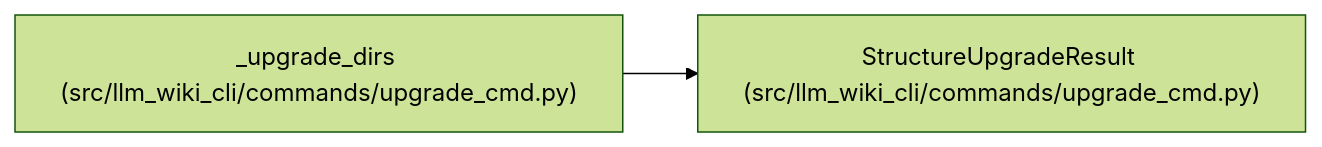
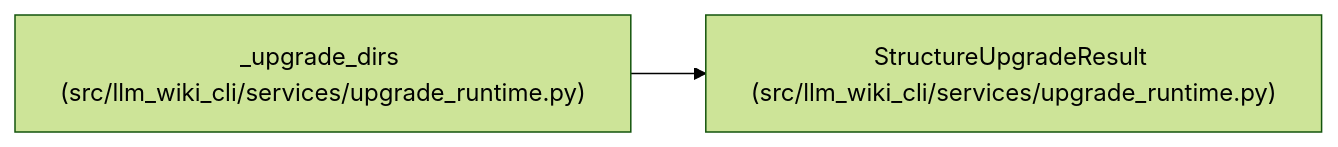
The diagram in docs/llm_wiki/entities/StructureUpgradeResult.md (Denissvgn/python-wiki-llm), drawn with Mermaid (forest theme) before and after one commit. The commit also changed other lines of this file and 1555 other files, not shown here.

````diff
--- a/docs/llm_wiki/entities/StructureUpgradeResult.md
+++ b/docs/llm_wiki/entities/StructureUpgradeResult.md
@@ -31,8 +31,8 @@
 ```mermaid
 flowchart LR
-    n0["StructureUpgradeResult (src/llm_wiki_cli/commands/upgrade_cmd.py)"]
-    n1["_upgrade_dirs (src/llm_wiki_cli/commands/upgrade_cmd.py)"]
+    n0["StructureUpgradeResult (src/llm_wiki_cli/services/upgrade_runtime.py)"]
+    n1["_upgrade_dirs (src/llm_wiki_cli/services/upgrade_runtime.py)"]
     n1 --> n0
-    click n0 "../modules/upgrade_cmd.md"
-    click n1 "../modules/upgrade_cmd.md"
+    click n0 "../modules/upgrade_runtime.md"
+    click n1 "../modules/upgrade_runtime.md"
 ```
````
